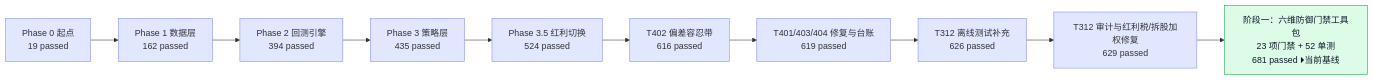
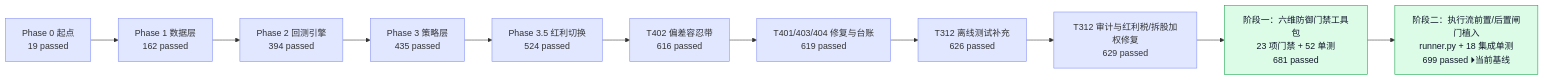
The fifth of 6 diagrams in docs/project_status_flowchart.md (YZml1507/FinAI2.0), drawn with Mermaid before and after one commit. The commit also changed other lines of this file and 9 other files, not shown here.

Commit message:
feat(gates): complete phase 2 gate integration into backtest flow with fail-closed defense (699 passed)

````diff
--- a/docs/project_status_flowchart.md
+++ b/docs/project_status_flowchart.md
@@ -103,22 +105,24 @@
 ```mermaid
 flowchart LR
   B0["Phase 0 起点<br/>19 passed"] --> B1["Phase 1 数据层<br/>162 passed"]
   B1 --> B2["Phase 2 回测引擎<br/>394 passed"]
   B2 --> B3["Phase 3 策略层<br/>435 passed"]
   B3 --> B35["Phase 3.5 红利切换<br/>524 passed"]
   B35 --> B402["T402 偏差容忍带<br/>616 passed"]
   B402 --> B404["T401/403/404 修复与台账<br/>619 passed"]
   B404 --> B312_OLD["T312 离线测试补充<br/>626 passed"]
   B312_OLD --> B312_NOW["T312 审计与红利税/拆股加权修复<br/>629 passed"]
-  B312_NOW --> GATES["阶段一：六维防御门禁工具包<br/>23 项门禁 + 52 单测<br/>681 passed ⏵当前基线"]
+  B312_NOW --> GATES1["阶段一：六维防御门禁工具包<br/>23 项门禁 + 52 单测<br/>681 passed"]
+  GATES1 --> GATES2["阶段二：执行流前置/后置闸门植入<br/>runner.py + 18 集成单测<br/>699 passed ⏵当前基线"]
   style B0 fill:#e0e7ff,stroke:#818cf8
   style B1 fill:#e0e7ff,stroke:#818cf8
   style B2 fill:#e0e7ff,stroke:#818cf8
   style B3 fill:#e0e7ff,stroke:#818cf8
   style B35 fill:#e0e7ff,stroke:#818cf8
   style B402 fill:#e0e7ff,stroke:#818cf8
   style B404 fill:#e0e7ff,stroke:#818cf8
   style B312_OLD fill:#e0e7ff,stroke:#818cf8
   style B312_NOW fill:#e0e7ff,stroke:#818cf8
-  style GATES fill:#dcfce7,stroke:#16a34a,color:#0f172a
+  style GATES1 fill:#dcfce7,stroke:#16a34a,color:#0f172a
+  style GATES2 fill:#dcfce7,stroke:#16a34a,color:#0f172a
 ```
````
